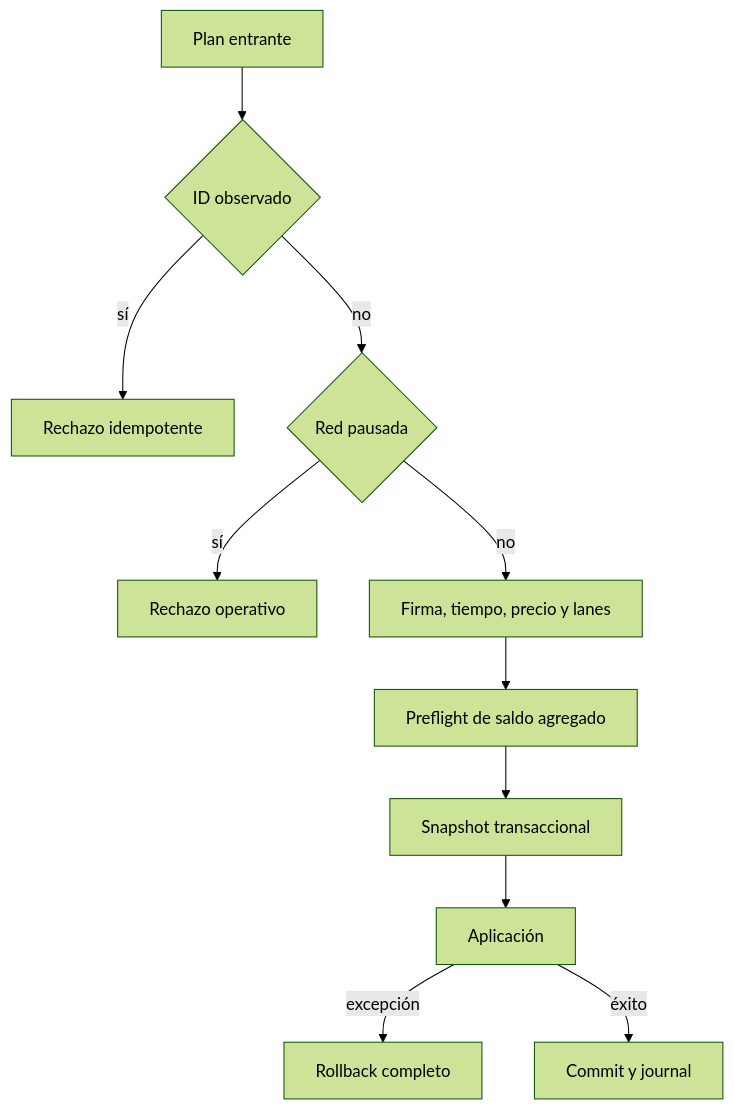
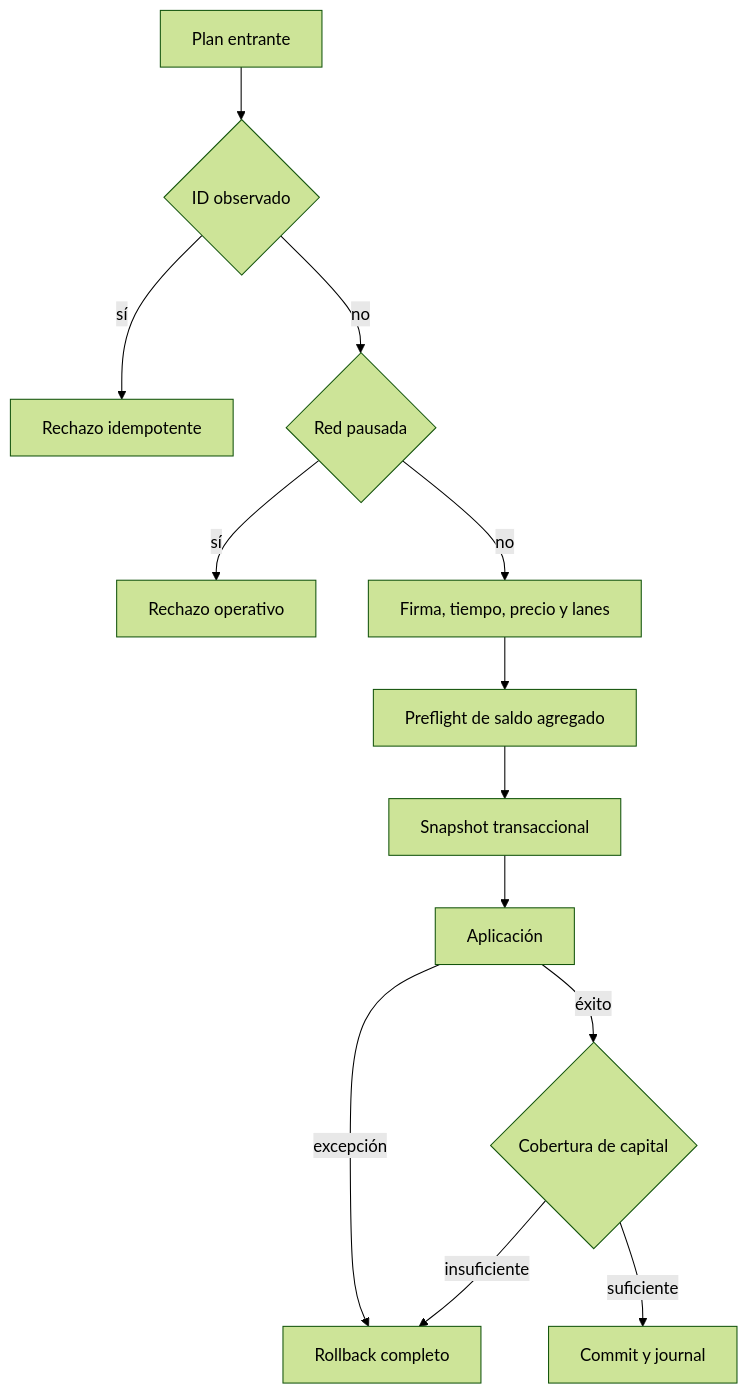
One commit to SolguardLabs/AetherDTL changed the third of 3 diagrams in README.md. Above: the diagram before and after it, drawn with Mermaid (forest theme). The commit also changed other lines of this file and 16 other files, not shown here.

````diff
--- a/README.md
+++ b/README.md
@@ -103,13 +110,15 @@
 ```mermaid
 flowchart TD
     P["Plan entrante"] --> I{"ID observado"}
     I -->|"sí"| R1["Rechazo idempotente"]
     I -->|"no"| PA{"Red pausada"}
     PA -->|"sí"| R2["Rechazo operativo"]
     PA -->|"no"| V["Firma, tiempo, precio y lanes"]
     V --> Q["Preflight de saldo agregado"]
     Q --> T["Snapshot transaccional"]
     T --> A["Aplicación"]
     A -->|"excepción"| RB["Rollback completo"]
-    A -->|"éxito"| C["Commit y journal"]
+    A -->|"éxito"| K{"Cobertura de capital"}
+    K -->|"insuficiente"| RB
+    K -->|"suficiente"| C["Commit y journal"]
 ```
````
